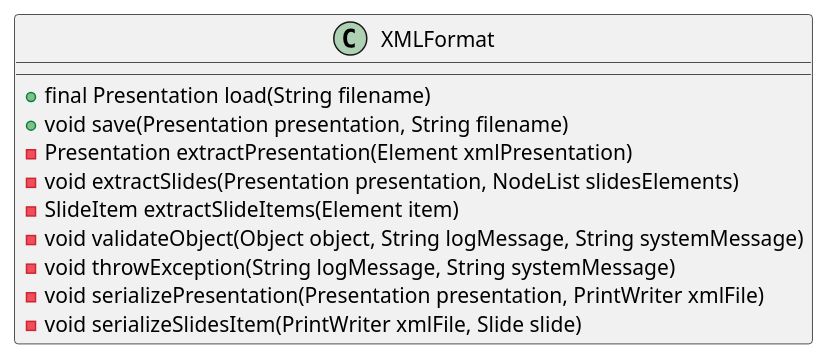
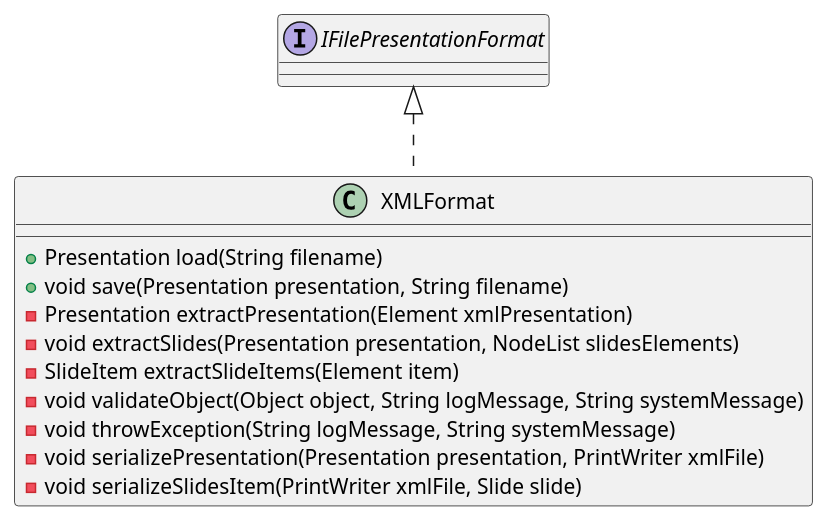
The diagram in jabberPoint/diagramaClasses/Controller/XMLFormat.puml (kvojps/estudo-uml), drawn with PlantUML before and after one commit. The commit also changed 4 other files, not shown here.

Commit message:
refatorando diagrama de classes

```diff
--- a/jabberPoint/diagramaClasses/Controller/XMLFormat.puml
+++ b/jabberPoint/diagramaClasses/Controller/XMLFormat.puml
@@ -1,13 +1,13 @@
 @startuml XMLFormat
-    class XMLFormat {
-        + final Presentation load(String filename)
+    class XMLFormat implements IFilePresentationFormat {
+        + Presentation load(String filename)
         + void save(Presentation presentation, String filename)
         - Presentation extractPresentation(Element xmlPresentation)
         - void extractSlides(Presentation presentation, NodeList slidesElements)
         - SlideItem extractSlideItems(Element item)
         - void validateObject(Object object, String logMessage, String systemMessage)
         - void throwException(String logMessage, String systemMessage)
         - void serializePresentation(Presentation presentation, PrintWriter xmlFile)
         - void serializeSlidesItem(PrintWriter xmlFile, Slide slide)
     }
 @enduml
```
